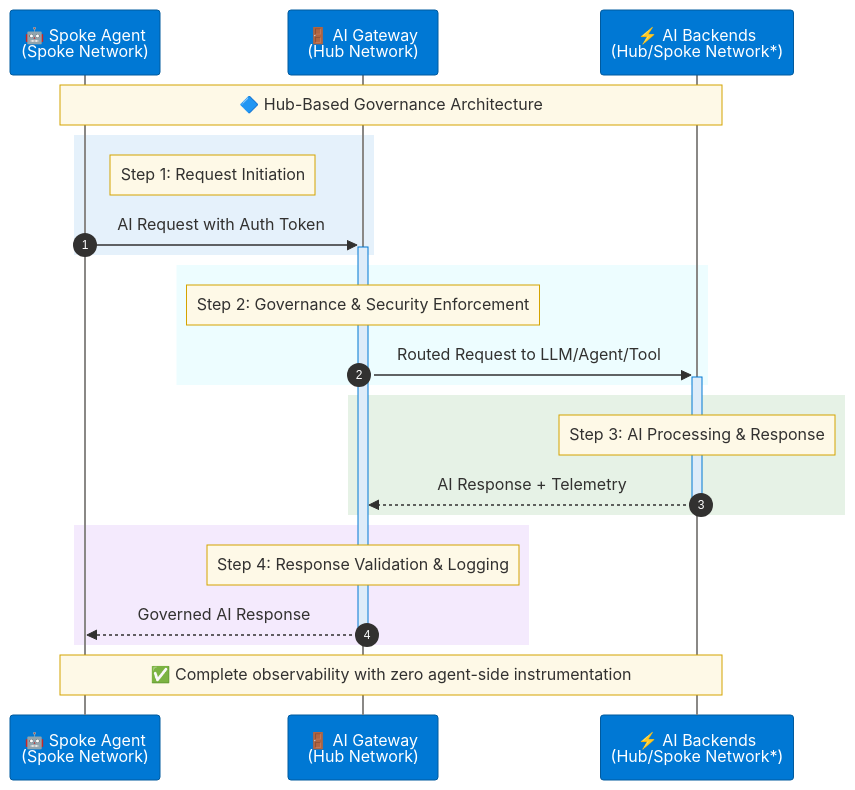
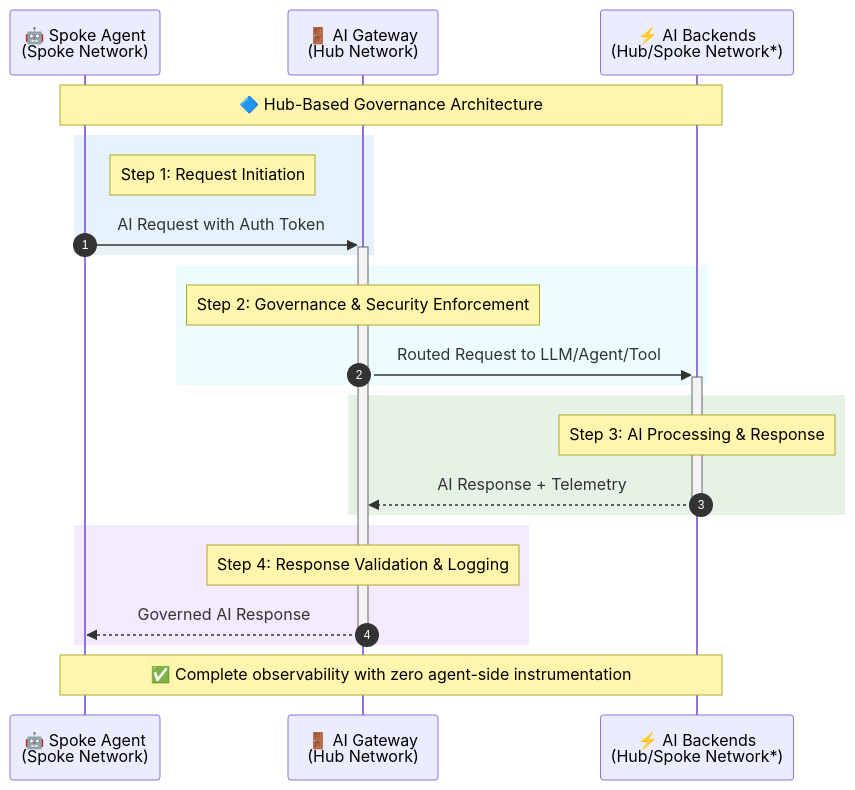
One commit to khenzo/ai-hub-gateway changed the second of 5 diagrams in docs/architecture/deployment-patterns.mdx. Above: the diagram before and after it, drawn with Mermaid. The commit also changed other lines of this file and 21 other files, not shown here.

````diff
--- a/docs/architecture/deployment-patterns.mdx
+++ b/docs/architecture/deployment-patterns.mdx
@@ -50,59 +50,32 @@
 ```mermaid
-%%{init: {
-  'theme': 'base',
-  'themeVariables': {
-    'primaryColor': '#0078d4',
-    'primaryTextColor': '#fff',
-    'primaryBorderColor': '#0078d4',
-    'lineColor': '#8a8886',
-    'secondaryColor': '#50e6ff',
-    'tertiaryColor': '#f3f2f1',
-    'noteBkgColor': '#fef9e7',
-    'noteTextColor': '#323130',
-    'noteBorderColor': '#d4a300',
-    'actorBkg': '#0078d4',
-    'actorBorder': '#005a9e',
-    'actorTextColor': '#fff',
-    'actorLineColor': '#8a8886',
-    'signalColor': '#323130',
-    'signalTextColor': '#323130',
-    'labelBoxBkgColor': '#e1dfdd',
-    'labelBoxBorderColor': '#605e5c',
-    'labelTextColor': '#323130',
-    'loopTextColor': '#323130',
-    'activationBorderColor': '#0078d4',
-    'activationBkgColor': '#deecf9',
-    'sequenceNumberColor': '#fff'
-  }
-}}%%
 sequenceDiagram
     autonumber
     
     participant Agent as 🤖 Spoke Agent<br/>(Spoke Network)
     participant Gateway as 🚪 AI Gateway<br/>(Hub Network)
     participant Backends as ⚡ AI Backends<br/>(Hub/Spoke Network*)
 
     Note over Agent,Backends: 🔷 Hub-Based Governance Architecture
     
     rect rgba(0, 120, 212, 0.1)
         Note right of Agent: Step 1: Request Initiation
         Agent->>+Gateway: AI Request with Auth Token
     end
     
     rect rgba(80, 230, 255, 0.1)
         Note over Gateway: Step 2: Governance & Security Enforcement
         Gateway->>+Backends: Routed Request to LLM/Agent/Tool
     end
     
     rect rgba(16, 124, 16, 0.1)
         Note over Backends: Step 3: AI Processing & Response
         Backends-->>-Gateway: AI Response + Telemetry
     end
     
     rect rgba(147, 51, 234, 0.1)
         Note over Gateway: Step 4: Response Validation & Logging
         Gateway-->>-Agent: Governed AI Response
     end
     
     Note over Agent,Backends: ✅ Complete observability with zero agent-side instrumentation
 ```
````
